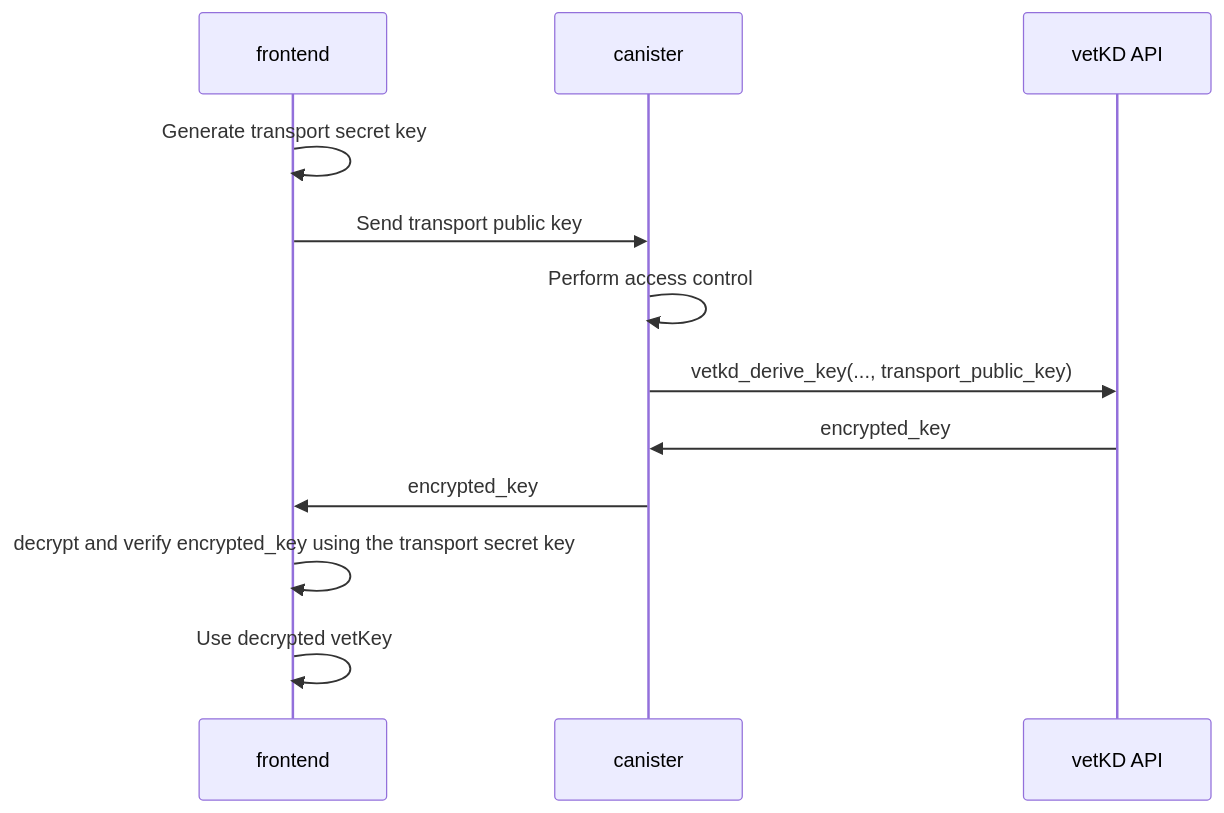
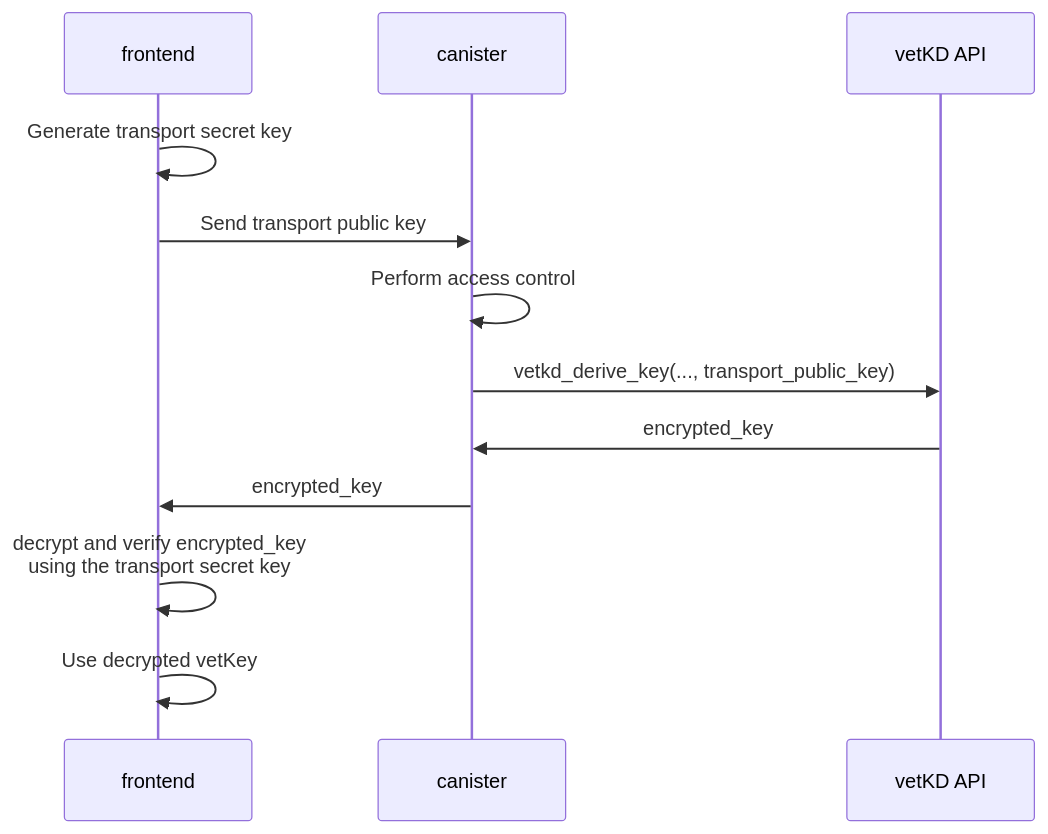
Before and after one commit to dfinity/portal: the diagram in docs/building-apps/network-features/vetkeys/api.mdx, drawn with Mermaid. The commit also changed other lines of this file, not shown here.

````diff
--- a/docs/building-apps/network-features/vetkeys/api.mdx
+++ b/docs/building-apps/network-features/vetkeys/api.mdx
@@ -58,15 +53,15 @@
 ```mermaid
 sequenceDiagram
     participant Frontend as frontend
     participant Canister as canister
     participant ManagementCanister as vetKD API
 
     Frontend->>Frontend: Generate transport secret key
     Frontend->>Canister: Send transport public key
     Canister->>Canister: Perform access control
     Canister->>ManagementCanister: vetkd_derive_key(..., transport_public_key)
     ManagementCanister->>Canister: encrypted_key
     Canister->>Frontend: encrypted_key
-    Frontend->>Frontend: decrypt and verify encrypted_key using the transport secret key
+    Frontend->>Frontend: decrypt and verify encrypted_key<br>using the transport secret key
     Frontend->>Frontend: Use decrypted vetKey
 ```
````
